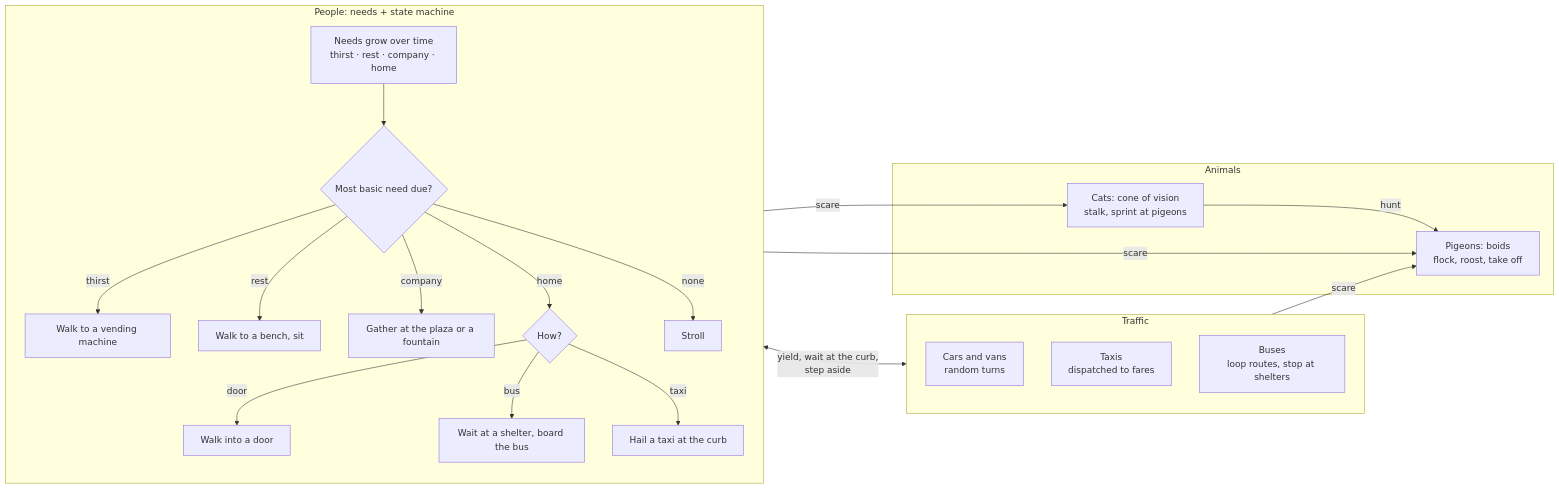
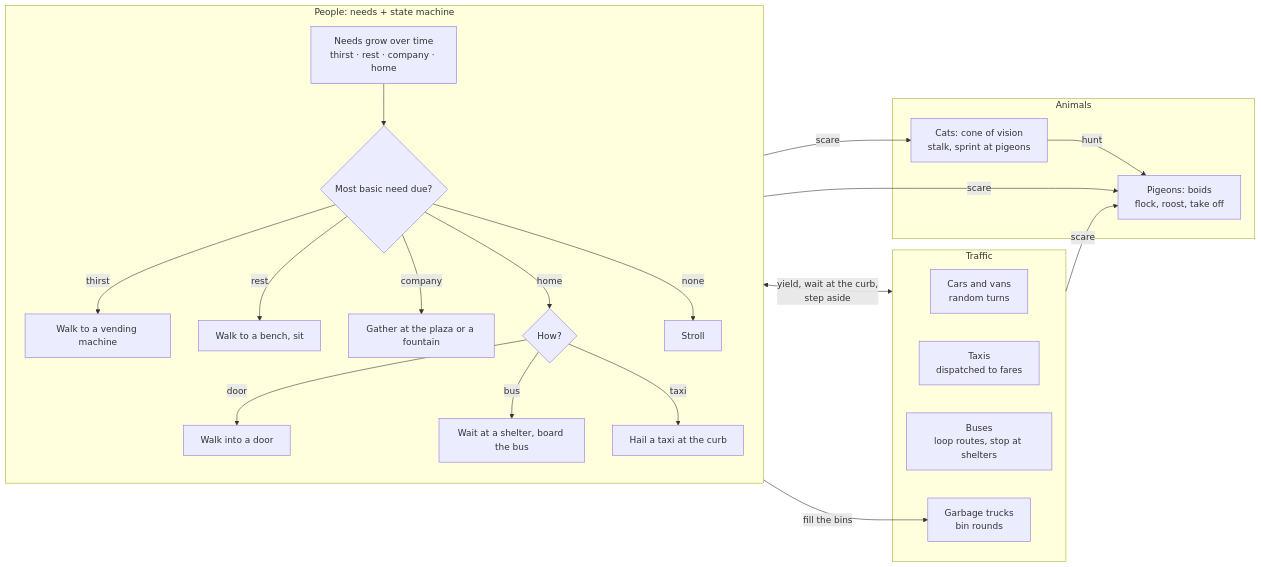
The first of 7 diagrams in docs/techniques/agents.md (melody1030/Procedure-World-Building), drawn with Mermaid before and after one commit. The commit also changed other lines of this file and 30 other files, not shown here.

````diff
--- a/docs/techniques/agents.md
+++ b/docs/techniques/agents.md
@@ -12,28 +14,30 @@
 ```mermaid
 flowchart LR
   subgraph People["People: needs + state machine"]
     needs[Needs grow over time<br/>thirst · rest · company · home] --> decide{Most basic need due?}
     decide -- thirst --> drink[Walk to a vending machine]
     decide -- rest --> bench[Walk to a bench, sit]
     decide -- company --> chat[Gather at the plaza or a fountain]
     decide -- home --> mode{How?}
     mode -- door --> door[Walk into a door]
     mode -- bus --> wait[Wait at a shelter, board the bus]
     mode -- taxi --> hail[Hail a taxi at the curb]
     decide -- none --> stroll[Stroll]
   end
   subgraph Animals
     pigeons[Pigeons: boids<br/>flock, roost, take off]
     cats[Cats: cone of vision<br/>stalk, sprint at pigeons]
   end
   subgraph Traffic
     cars[Cars and vans<br/>random turns]
     taxis[Taxis<br/>dispatched to fares]
     buses[Buses<br/>loop routes, stop at shelters]
+    trucks[Garbage trucks<br/>bin rounds]
   end
   People <-->|yield, wait at the curb,<br/>step aside| Traffic
   People -->|scare| pigeons
   People -->|scare| cats
   cats -->|hunt| pigeons
   Traffic -->|scare| pigeons
+  People -->|fill the bins| trucks
 ```
````
